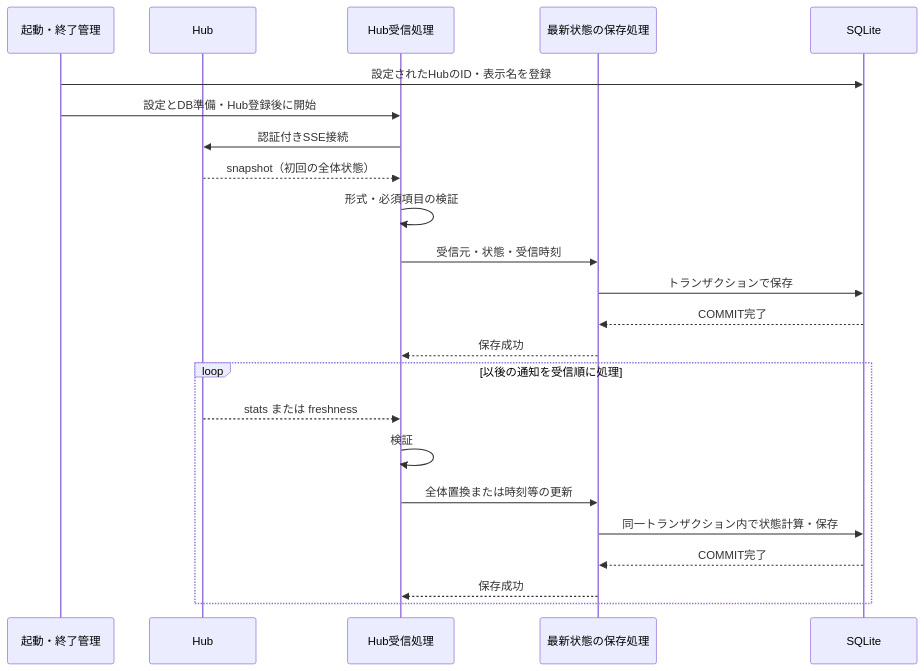
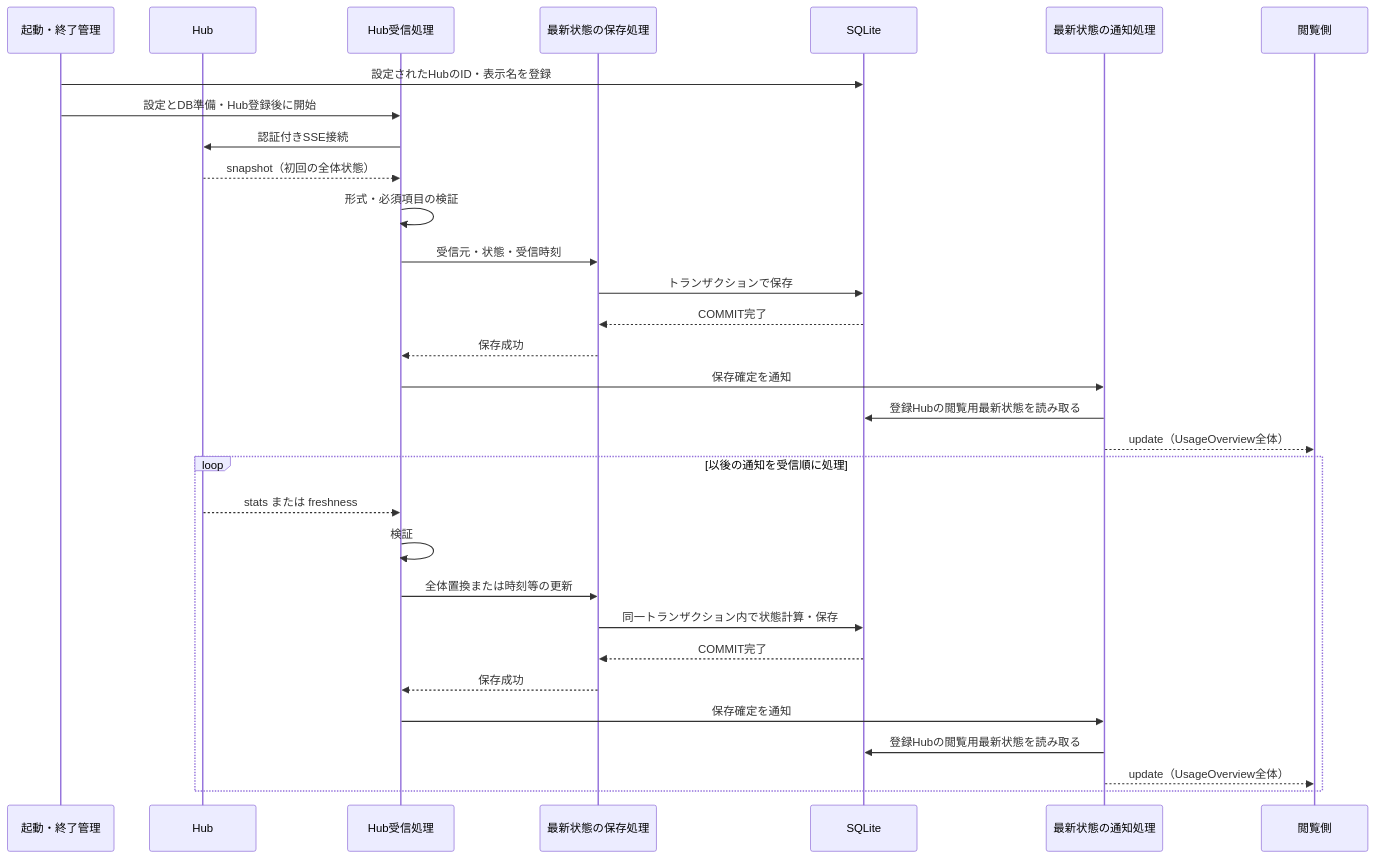
Before and after one commit to nuitsjp/token-monitor-analytics: the third of 5 diagrams in docs/architecture.md, drawn with Mermaid. The commit also changed other lines of this file and 2 other files, not shown here.

````diff
--- a/docs/architecture.md
+++ b/docs/architecture.md
@@ -50,25 +56,33 @@
 ```mermaid
 sequenceDiagram
   participant L as 起動・終了管理
   participant H as Hub
   participant R as Hub受信処理
   participant S as 最新状態の保存処理
   participant D as SQLite
+  participant N as 最新状態の通知処理
+  participant V as 閲覧側
   L->>D: 設定されたHubのID・表示名を登録
   L->>R: 設定とDB準備・Hub登録後に開始
   R->>H: 認証付きSSE接続
   H-->>R: snapshot（初回の全体状態）
   R->>R: 形式・必須項目の検証
   R->>S: 受信元・状態・受信時刻
   S->>D: トランザクションで保存
   D-->>S: COMMIT完了
   S-->>R: 保存成功
+  R->>N: 保存確定を通知
+  N->>D: 登録Hubの閲覧用最新状態を読み取る
+  N-->>V: update（UsageOverview全体）
   loop 以後の通知を受信順に処理
     H-->>R: stats または freshness
     R->>R: 検証
     R->>S: 全体置換または時刻等の更新
     S->>D: 同一トランザクション内で状態計算・保存
     D-->>S: COMMIT完了
     S-->>R: 保存成功
+    R->>N: 保存確定を通知
+    N->>D: 登録Hubの閲覧用最新状態を読み取る
+    N-->>V: update（UsageOverview全体）
   end
 ```
````
